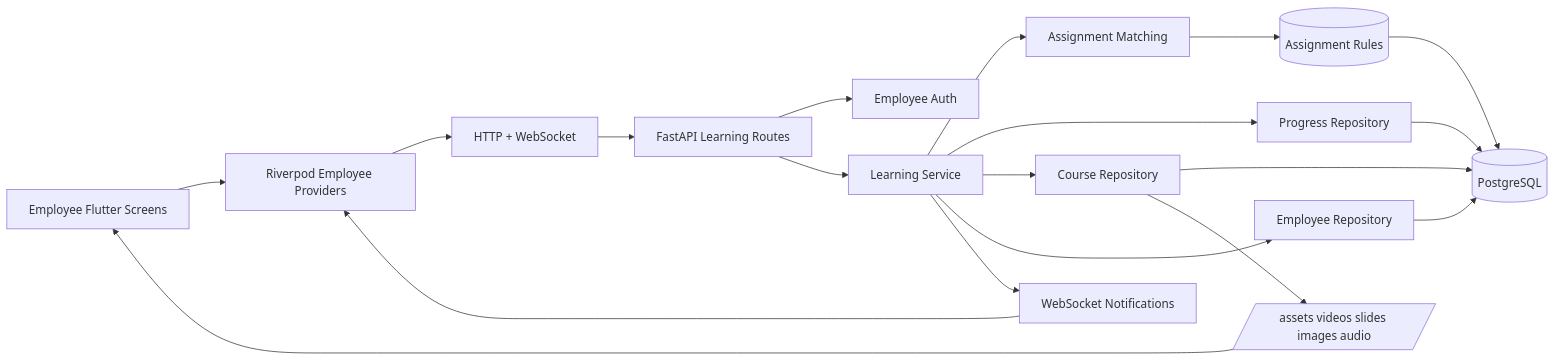
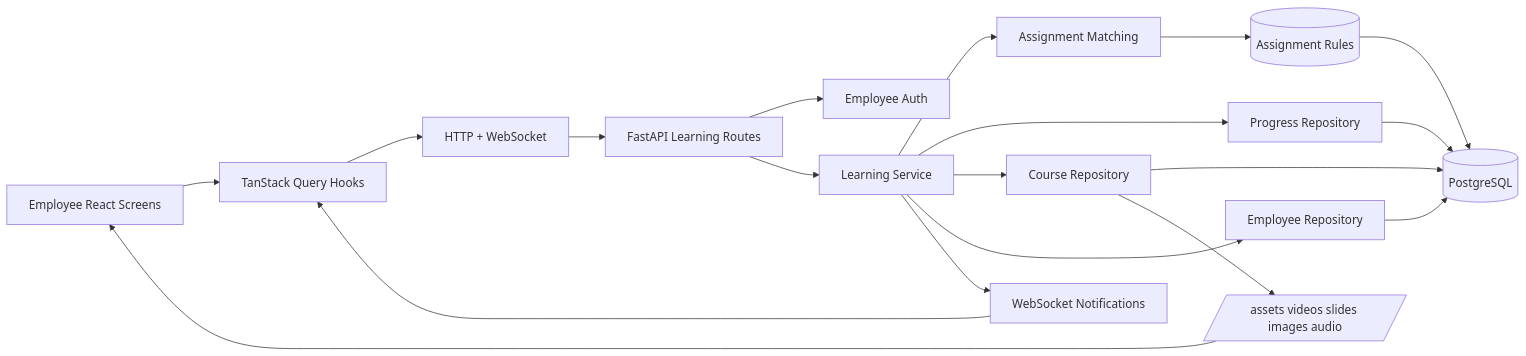
The sixth of 8 diagrams in README.md (PraharshSrivastava/learning-management), drawn with Mermaid before and after one commit. The commit also changed other lines of this file, not shown here.

Commit message:
Document the React workspace in the README

````diff
--- a/README.md
+++ b/README.md
@@ -347,24 +349,24 @@
 ```mermaid
 flowchart LR
-    UI[Employee Flutter Screens] --> Providers[Riverpod Employee Providers]
+    UI[Employee React Screens] --> Providers[TanStack Query Hooks]
     Providers --> HTTP[HTTP + WebSocket]
     HTTP --> LearningRoutes[FastAPI Learning Routes]
 
     LearningRoutes --> Auth[Employee Auth]
     LearningRoutes --> LearningService[Learning Service]
     LearningService --> AssignmentService[Assignment Matching]
     LearningService --> ProgressRepo[Progress Repository]
     LearningService --> CourseRepo[Course Repository]
     LearningService --> EmployeeRepo[Employee Repository]
     LearningService --> Notifications[WebSocket Notifications]
 
     AssignmentService --> Rules[(Assignment Rules)]
     ProgressRepo --> DB[(PostgreSQL)]
     CourseRepo --> DB
     EmployeeRepo --> DB
     Rules --> DB
 
     CourseRepo --> Assets[/assets videos slides images audio/]
     Assets --> UI
     Notifications --> Providers
 ```
````
